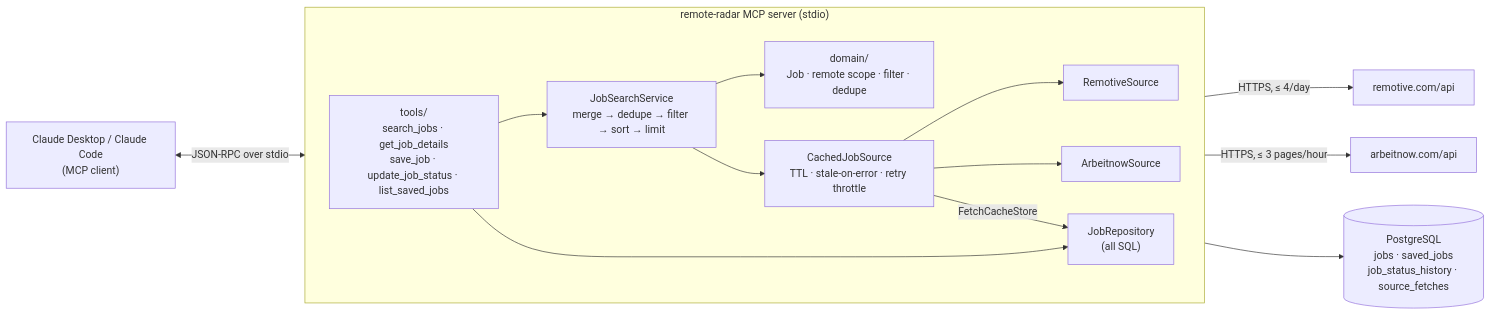
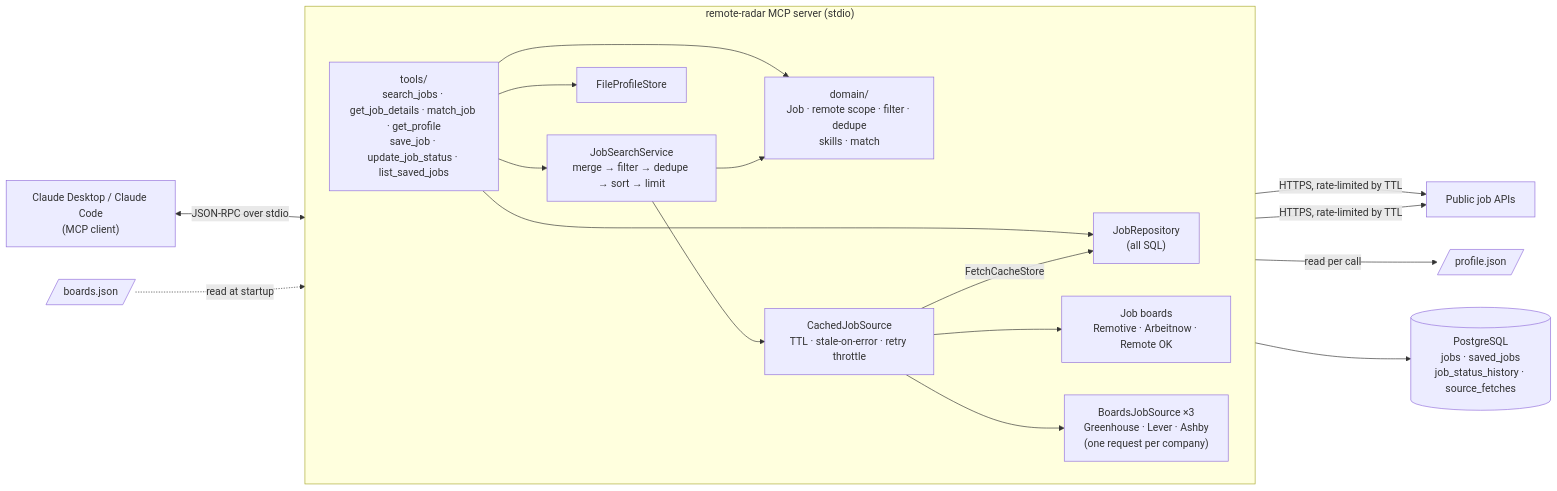
The diagram in README.md (DarioKnezovic/remote-radar-mcp), drawn with Mermaid before and after one commit. The commit also changed other lines of this file and 16 other files, not shown here.

First line of the commit message:
feat: add get_profile and match_job tools

````diff
--- a/README.md
+++ b/README.md
@@ -180,30 +206,35 @@
 ```mermaid
 flowchart LR
   client["Claude Desktop / Claude Code<br/>(MCP client)"]
 
   subgraph server["remote-radar MCP server (stdio)"]
     direction LR
-    tools["tools/<br/>search_jobs · get_job_details<br/>save_job · update_job_status · list_saved_jobs"]
-    search["JobSearchService<br/>merge → dedupe → filter → sort → limit"]
-    domain["domain/<br/>Job · remote scope · filter · dedupe"]
+    tools["tools/<br/>search_jobs · get_job_details · match_job · get_profile<br/>save_job · update_job_status · list_saved_jobs"]
+    search["JobSearchService<br/>merge → filter → dedupe → sort → limit"]
+    domain["domain/<br/>Job · remote scope · filter · dedupe<br/>skills · match"]
     cache["CachedJobSource<br/>TTL · stale-on-error · retry throttle"]
-    remotive["RemotiveSource"]
-    arbeitnow["ArbeitnowSource"]
+    boardsrc["Job boards<br/>Remotive · Arbeitnow · Remote OK"]
+    atssrc["BoardsJobSource ×3<br/>Greenhouse · Lever · Ashby<br/>(one request per company)"]
     repo["JobRepository<br/>(all SQL)"]
+    profile["FileProfileStore"]
   end
 
   db[("PostgreSQL<br/>jobs · saved_jobs<br/>job_status_history · source_fetches")]
-  rapi["remotive.com/api"]
-  aapi["arbeitnow.com/api"]
+  apis["Public job APIs"]
+  profilefile[/"profile.json"/]
+  boardsfile[/"boards.json"/]
 
   client <-->|JSON-RPC over stdio| tools
   tools --> search
   tools --> repo
+  tools --> profile
+  tools --> domain
   search --> domain
   search --> cache
-  cache --> remotive & arbeitnow
+  cache --> boardsrc & atssrc
   cache -->|FetchCacheStore| repo
-  remotive -->|HTTPS, ≤ 4/day| rapi
-  arbeitnow -->|HTTPS, ≤ 3 pages/hour| aapi
+  boardsrc & atssrc -->|HTTPS, rate-limited by TTL| apis
+  profile -->|read per call| profilefile
+  boardsfile -.->|read at startup| atssrc
   repo --> db
 ```
````
